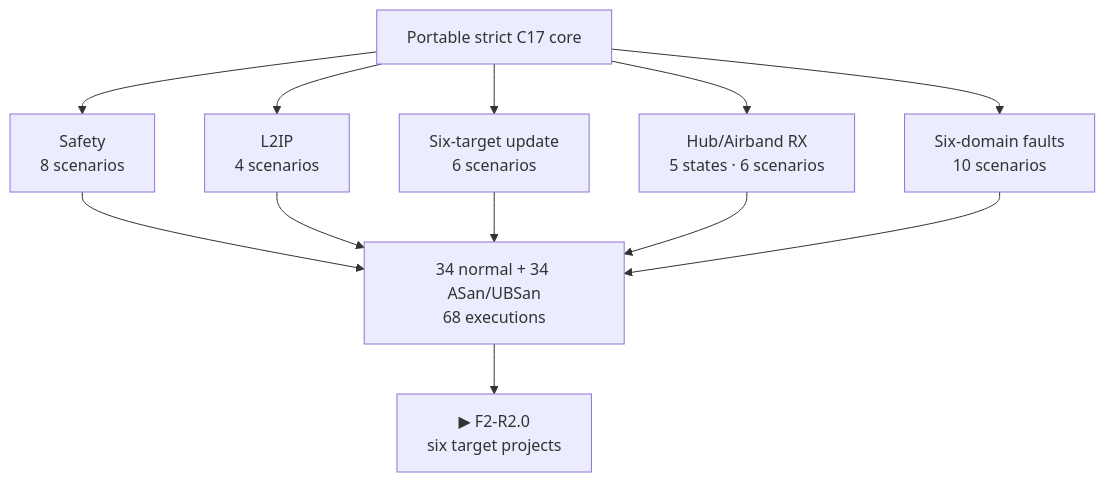
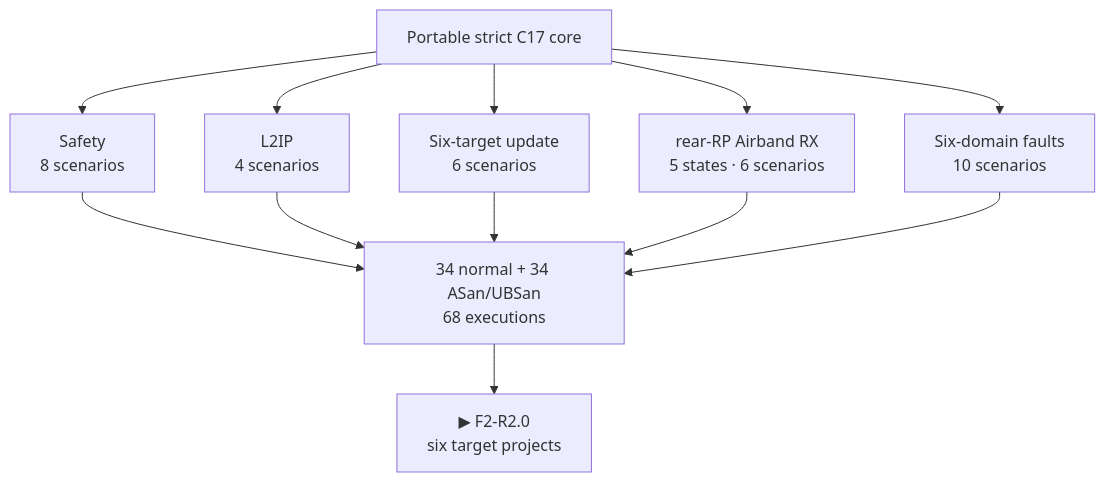
The diagram in docs/f1-portable-cores-report.md (anton-vinogradov/esp32-leshy2-firmware), drawn with Mermaid before and after one commit. The commit also changed other lines of this file and 24 other files, not shown here.

````diff
--- a/docs/f1-portable-cores-report.md
+++ b/docs/f1-portable-cores-report.md
@@ -12,16 +12,16 @@
 ```mermaid
 flowchart TB
   C["Portable strict C17 core"]
   S["Safety<br/>8 scenarios"]
   L["L2IP<br/>4 scenarios"]
   U["Six-target update<br/>6 scenarios"]
-  R["Hub/Airband RX<br/>5 states · 6 scenarios"]
+  R["rear-RP Airband RX<br/>5 states · 6 scenarios"]
   M["Six-domain faults<br/>10 scenarios"]
   V["34 normal + 34 ASan/UBSan<br/>68 executions"]
   C --> S --> V
   C --> L --> V
   C --> U --> V
   C --> R --> V
   C --> M --> V
   V --> F2["▶ F2-R2.0<br/>six target projects"]
 ```
````
